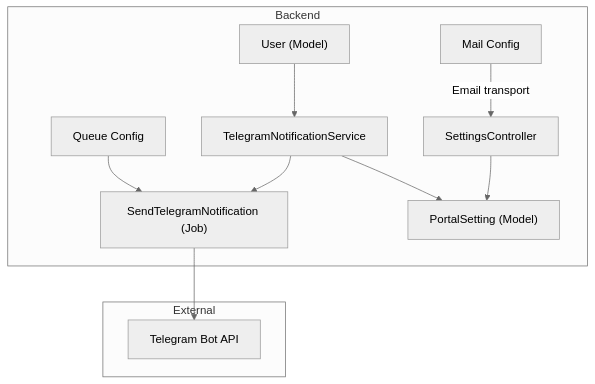
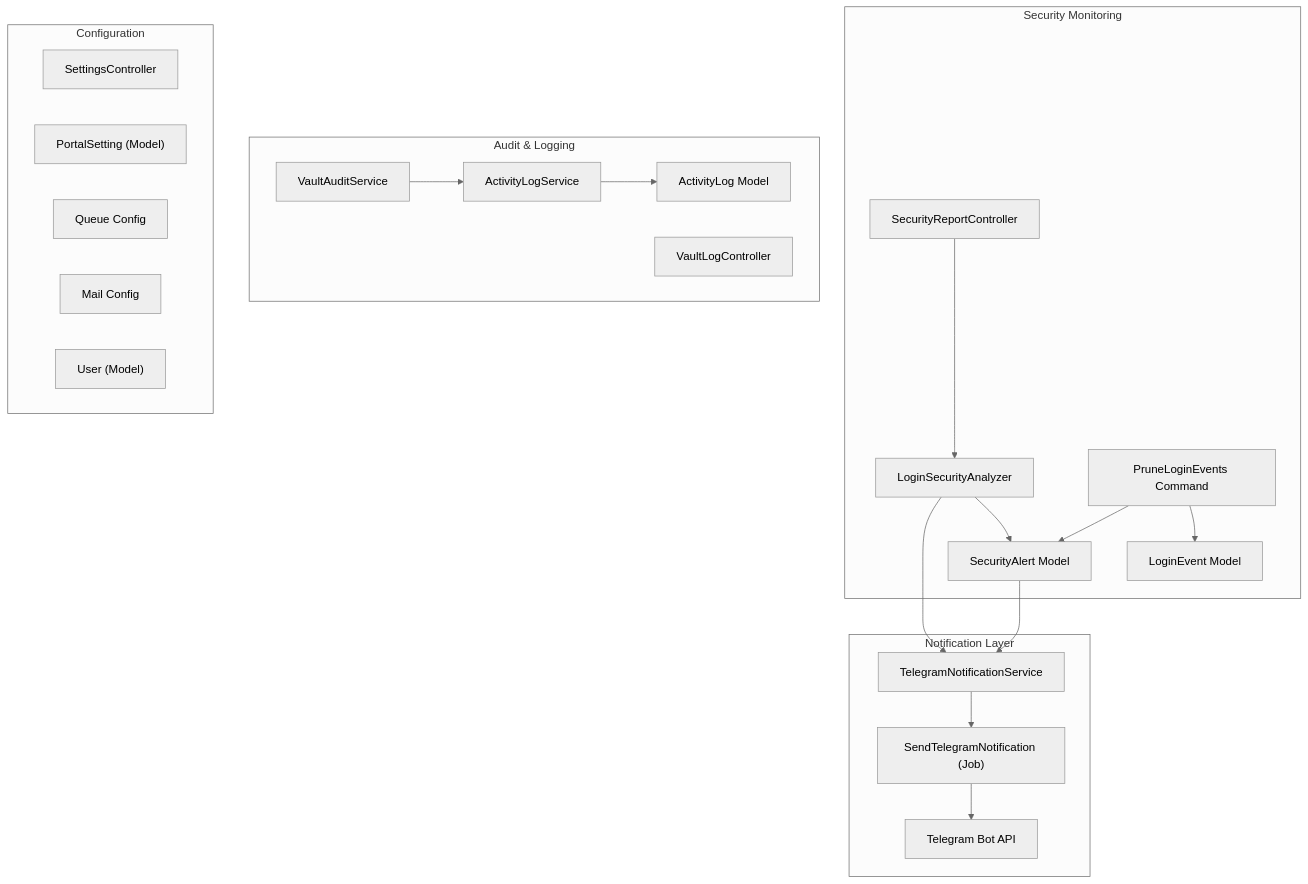
One commit to FCS-WP/website_portal changed the first of 8 diagrams in .qoder/repowiki/en/content/Notification System/Notification System.md. Above: the diagram before and after it, drawn with Mermaid (neutral theme). The commit also changed other lines of this file and 37 other files, not shown here.

````diff
--- a/.qoder/repowiki/en/content/Notification System/Notification System.md
+++ b/.qoder/repowiki/en/content/Notification System/Notification System.md
@@ -42,22 +65,38 @@
 ```mermaid
 graph TB
-subgraph "Backend"
+subgraph "Security Monitoring"
+SecCtrl["SecurityReportController"]
+Analyzer["LoginSecurityAnalyzer"]
+Alerts["SecurityAlert Model"]
+LoginEvents["LoginEvent Model"]
+Cleanup["PruneLoginEvents Command"]
+end
+subgraph "Notification Layer"
 Svc["TelegramNotificationService"]
 Job["SendTelegramNotification (Job)"]
+Telegram["Telegram Bot API"]
+end
+subgraph "Audit & Logging"
+VaultAudit["VaultAuditService"]
+ActivityLog["ActivityLogService"]
+VaultLogs["VaultLogController"]
+ActivityModel["ActivityLog Model"]
+end
+subgraph "Configuration"
 Cfg["SettingsController"]
 SetModel["PortalSetting (Model)"]
 QCfg["Queue Config"]
 MCfg["Mail Config"]
 UModel["User (Model)"]
 end
-subgraph "External"
-Tg["Telegram Bot API"]
-end
-Cfg --> SetModel
+SecCtrl --> Analyzer
+Analyzer --> Alerts
+Analyzer --> Svc
+Alerts --> Svc
 Svc --> Job
-Svc --> SetModel
-Job --> Tg
-QCfg --> Job
-MCfg --> |"Email transport"| Cfg
-UModel --> Svc
+Job --> Telegram
+VaultAudit --> ActivityLog
+ActivityLog --> ActivityModel
+Cleanup --> LoginEvents
+Cleanup --> Alerts
 ```
````
